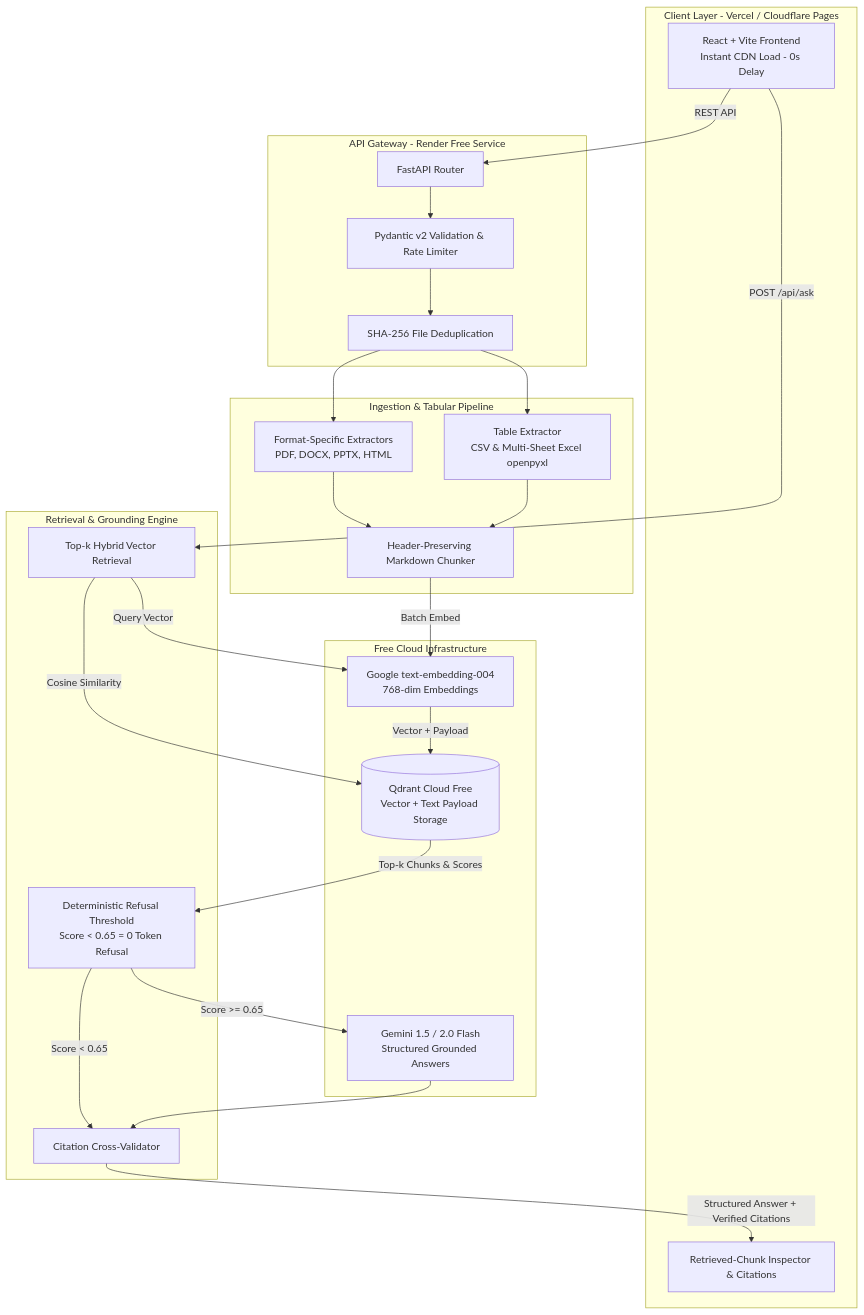
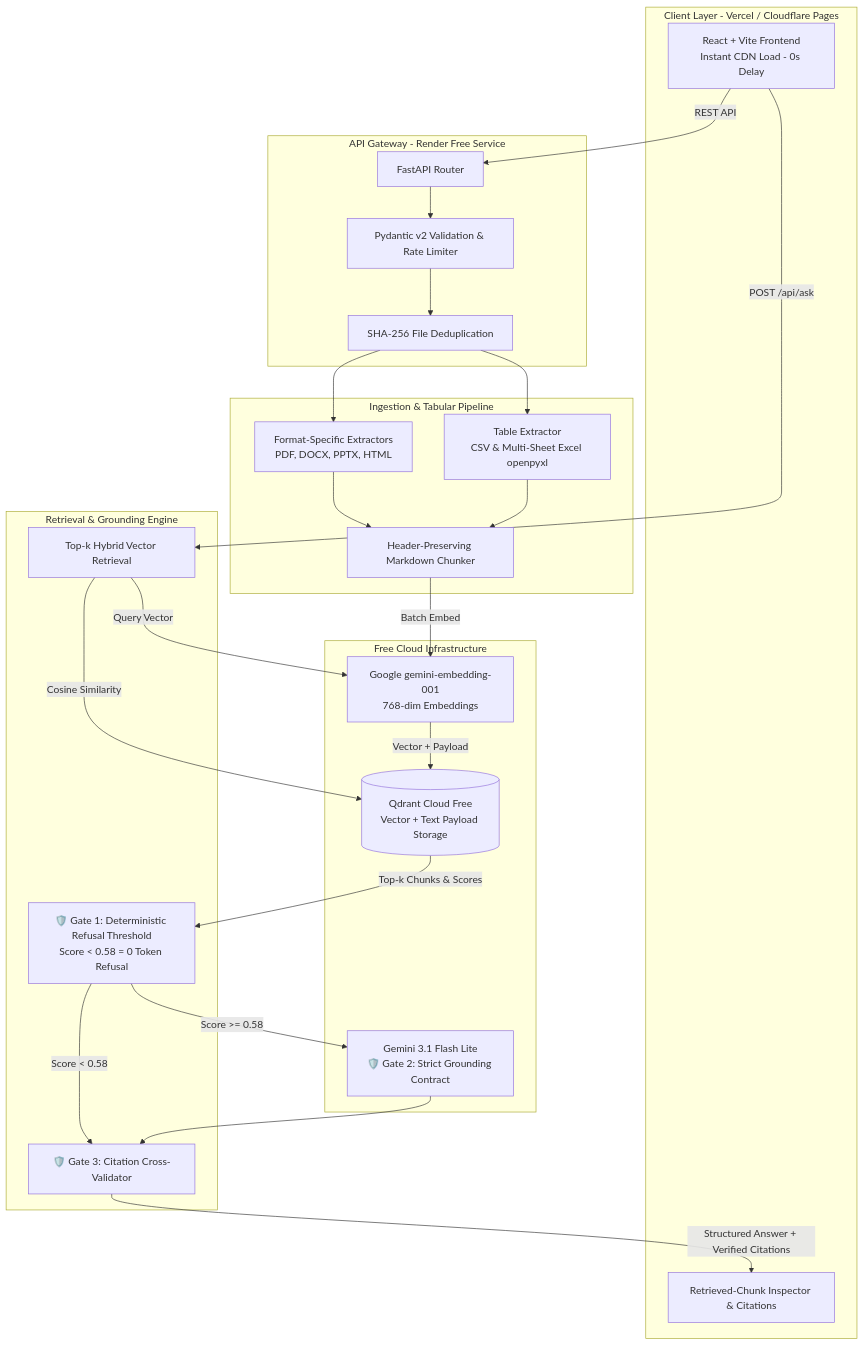
The first of 2 diagrams in README.md (qudrat321/PolicyPilot-RAG), drawn with Mermaid before and after one commit. The commit also changed other lines of this file, not shown here.

Commit message:
Fix GitHub Mermaid diagram parse error and document guardrail locations

````diff
--- a/README.md
+++ b/README.md
@@ -26,47 +26,47 @@
 ```mermaid
 flowchart TD
     subgraph Client [Client Layer - Vercel / Cloudflare Pages]
         UI[React + Vite Frontend\nInstant CDN Load - 0s Delay]
         INSP[Retrieved-Chunk Inspector & Citations]
     end
 
     subgraph Gateway [API Gateway - Render Free Service]
         API[FastAPI Router]
         SEC[Pydantic v2 Validation & Rate Limiter]
         DEDUP[SHA-256 File Deduplication]
     end
 
     subgraph Ingestion [Ingestion & Tabular Pipeline]
         EXT[Format-Specific Extractors\nPDF, DOCX, PPTX, HTML]
         TBL[Table Extractor\nCSV & Multi-Sheet Excel openpyxl]
         CHK[Header-Preserving Markdown Chunker]
     end
 
     subgraph Retrieval [Retrieval & Grounding Engine]
-        RET[Top-k Hybrid Vector Retrieval]
-        DET[Deterministic Refusal Threshold\nScore < 0.65 = 0 Token Refusal]
-        VAL[Citation Cross-Validator]
+        RET["Top-k Hybrid Vector Retrieval"]
+        DET["🛡️ Gate 1: Deterministic Refusal Threshold<br/>Score < 0.58 = 0 Token Refusal"]
+        VAL["🛡️ Gate 3: Citation Cross-Validator"]
     end
 
     subgraph CloudServices [Free Cloud Infrastructure]
-        QD[(Qdrant Cloud Free\nVector + Text Payload Storage)]
-        GEM_EMB[Google text-embedding-004\n768-dim Embeddings]
-        GEM_LLM[Gemini 1.5 / 2.0 Flash\nStructured Grounded Answers]
+        QD[("Qdrant Cloud Free<br/>Vector + Text Payload Storage")]
+        GEM_EMB["Google gemini-embedding-001<br/>768-dim Embeddings"]
+        GEM_LLM["Gemini 3.1 Flash Lite<br/>🛡️ Gate 2: Strict Grounding Contract"]
     end
 
     UI -->|REST API| API
     API --> SEC --> DEDUP
     DEDUP --> EXT & TBL
     EXT & TBL --> CHK
     CHK -->|Batch Embed| GEM_EMB
     GEM_EMB -->|Vector + Payload| QD
 
     UI -->|POST /api/ask| RET
     RET -->|Query Vector| GEM_EMB
     RET -->|Cosine Similarity| QD
     QD -->|Top-k Chunks & Scores| DET
-    DET -->|Score >= 0.65| GEM_LLM
-    DET -->|Score < 0.65| VAL
+    DET -->|Score >= 0.58| GEM_LLM
+    DET -->|Score < 0.58| VAL
     GEM_LLM --> VAL
     VAL -->|Structured Answer + Verified Citations| INSP
 ```
````
